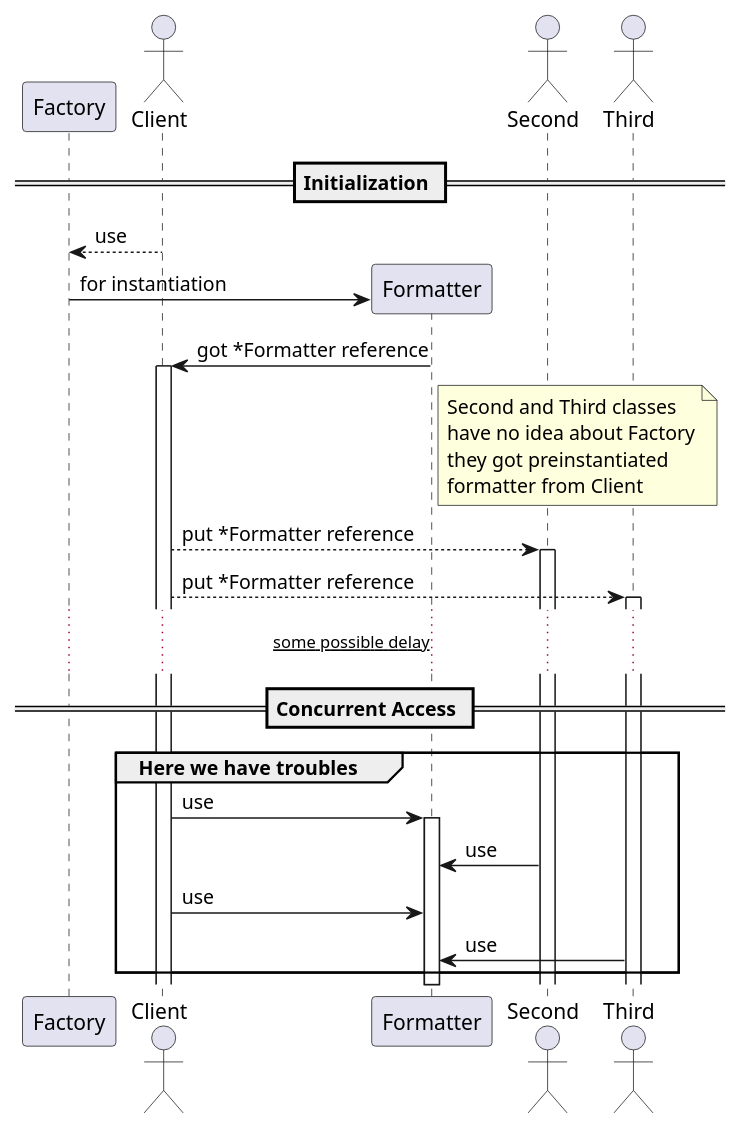
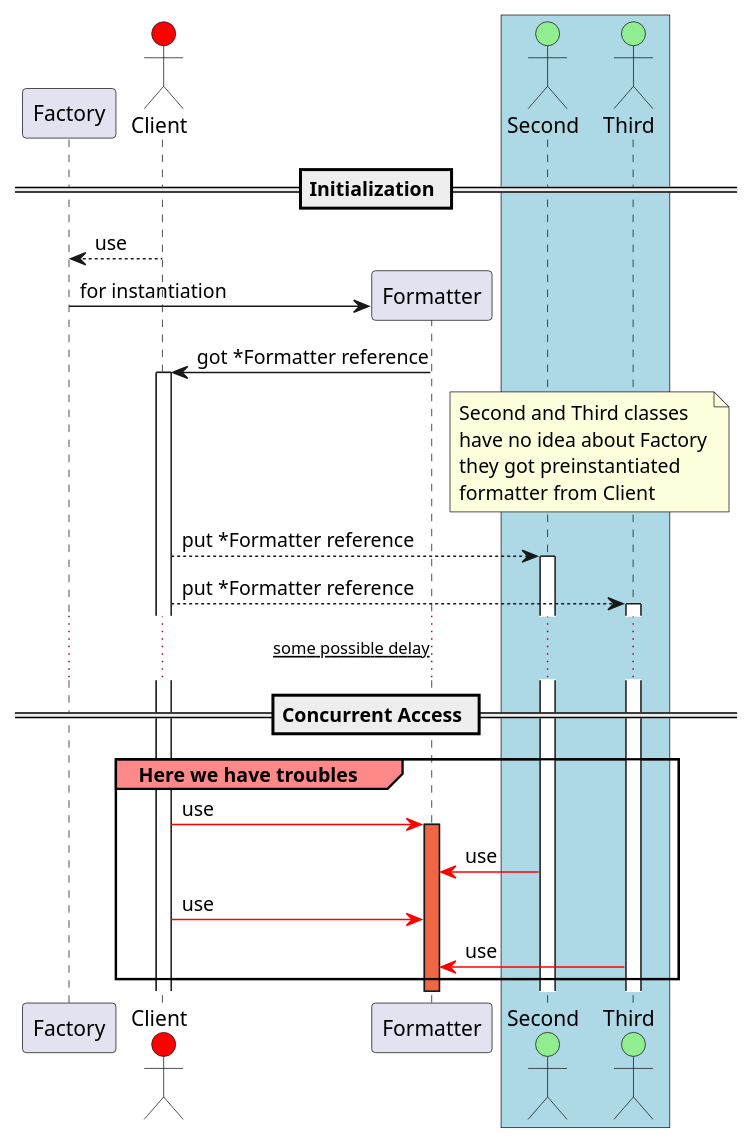
One commit to i-home/hanky changed the diagram in Throuble.puml. Above: the diagram before and after it, drawn with PlantUML.

Commit message:
Add more colors to diagram

```diff
--- a/Throuble.puml
+++ b/Throuble.puml
@@ -1,31 +1,36 @@
 @startuml
+skinparam sequence {
+	GroupBackgroundColor #ff8888
+}
 == Initialization ==
 participant Factory
-actor Client
+actor Client #red
 Client-->Factory:use
 create Formatter
 Factory->Formatter:for instantiation
 Formatter->Client:got *Formatter reference
 activate Client
-actor Second
-actor Third
-note right of Formatter
+box #lightblue
+actor Second #lightgreen
+actor Third #lightgreen
+end box
+note over Second, Third
  Second and Third classes
  have no idea about Factory
  they got preinstantiated 
  formatter from Client
 endnote
 Second<--Client:put *Formatter reference
 activate Second
 Third<--Client:put *Formatter reference
 activate Third
 ... ~~some possible delay~~ ...
 == Concurrent Access ==
 group Here we have troubles
-Client->Formatter:use
-activate Formatter
-Second->Formatter:use
-Client->Formatter:use
-Third->Formatter:use
+Client -[#red]> Formatter:use
+activate Formatter #ee6644
+Second -[#red]> Formatter:use
+Client -[#red]> Formatter:use
+Third -[#red]> Formatter:use
 end
 @enduml
```
